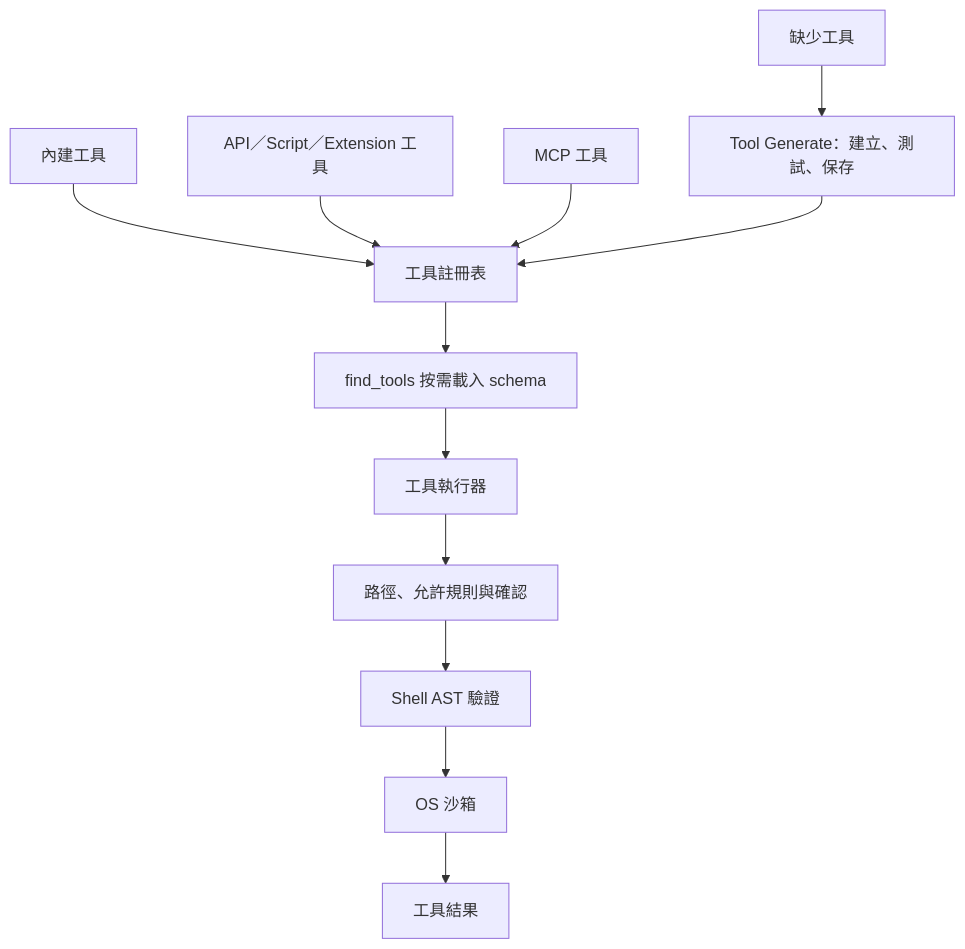
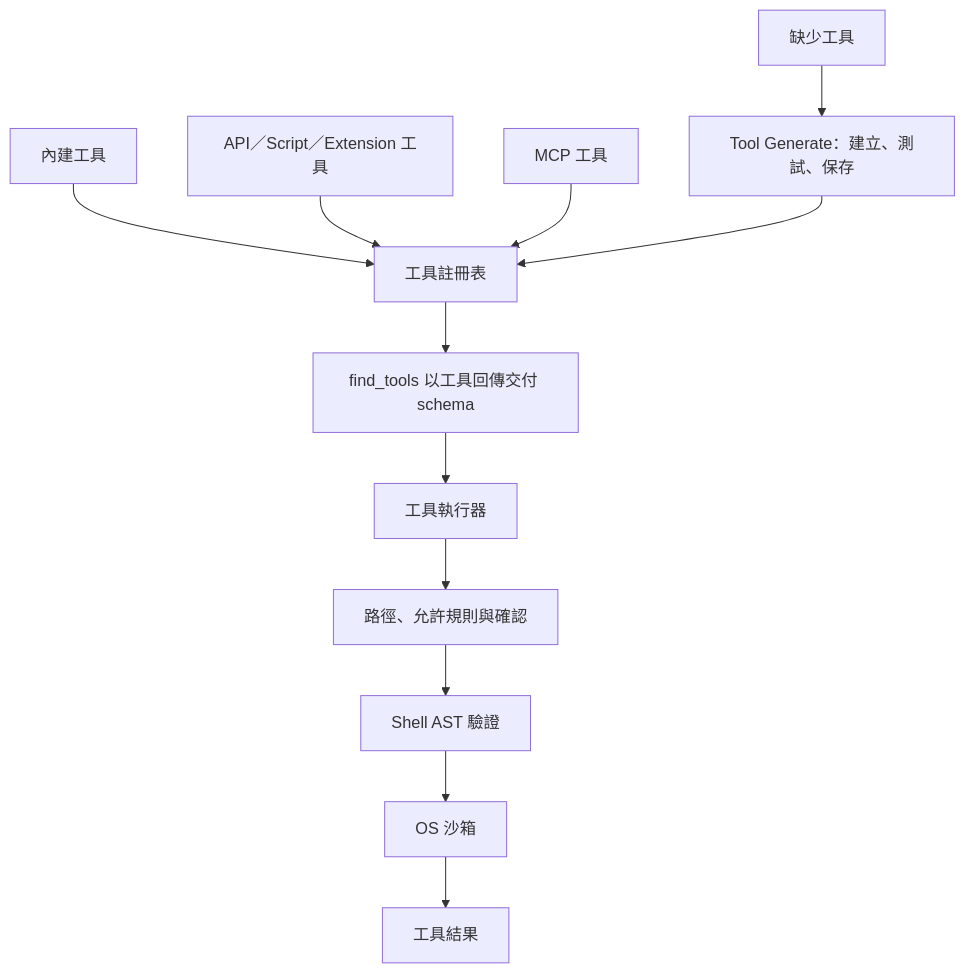
One commit to agenvoy/Agenvoy changed the fifth of 9 diagrams in doc/architecture.zh.md. Above: the diagram before and after it, drawn with Mermaid. The commit also changed other lines of this file and 3 other files, not shown here.

Commit message:
doc: Document long-context provider ranking and tool schema cache behavior

````diff
--- a/doc/architecture.zh.md
+++ b/doc/architecture.zh.md
@@ -103,14 +103,14 @@
 ```mermaid
 graph TB
     Builtins[內建工具] --> Registry[工具註冊表]
     Local[API／Script／Extension 工具] --> Registry
     Remote[MCP 工具] --> Registry
-    Registry --> Discover[find_tools 按需載入 schema]
+    Registry --> Discover[find_tools 以工具回傳交付 schema]
     Discover --> Execute[工具執行器]
     Execute --> Check[路徑、允許規則與確認]
     Check --> Shell[Shell AST 驗證]
     Shell --> Sandbox[OS 沙箱]
     Sandbox --> Result[工具結果]
     Missing[缺少工具] --> Generate[Tool Generate：建立、測試、保存]
     Generate --> Registry
 ```
````
